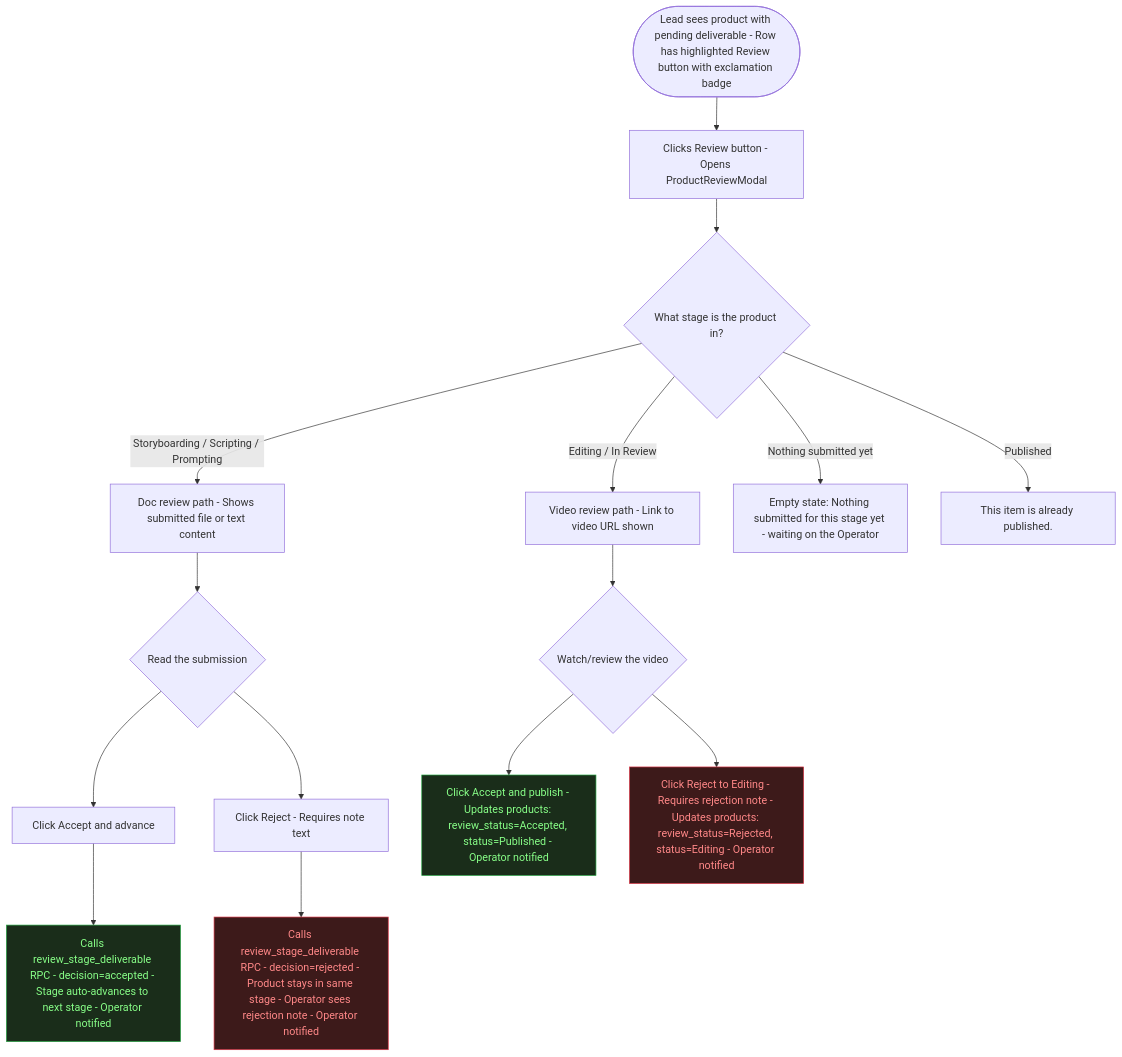
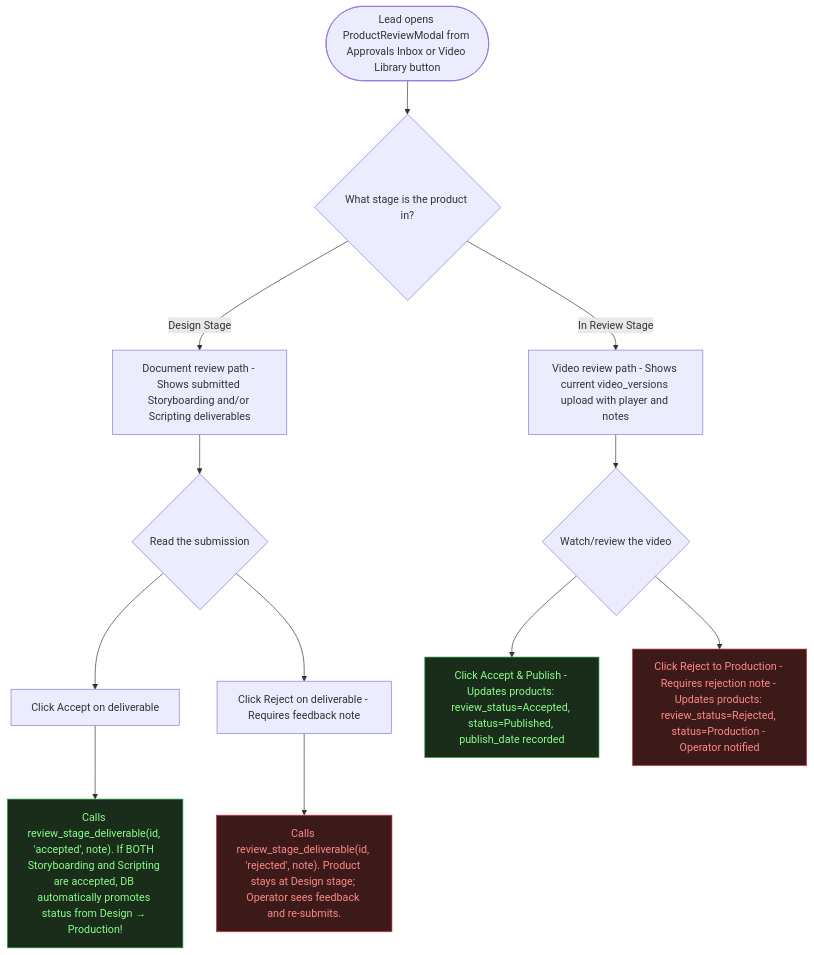
One commit to Lyduke56/BuckedUp-Dashboard-Lifewood changed diagram 12 of 18 in role_workflows.md. Above: the diagram before and after it, drawn with Mermaid. The commit also changed other lines of this file and 6 other files, not shown here.

````diff
--- a/role_workflows.md
+++ b/role_workflows.md
@@ -433,25 +359,21 @@
 ```mermaid
 flowchart TD
-    A(["Lead sees product with pending deliverable - Row has highlighted Review button with exclamation badge"]) --> B["Clicks Review button - Opens ProductReviewModal"]
-    B --> C{What stage is the product in?}
+    A(["Lead opens ProductReviewModal from Approvals Inbox or Video Library button"]) --> B{What stage is the product in?}
 
-    C -- "Storyboarding / Scripting / Prompting" --> D["Doc review path - Shows submitted file or text content"]
-    D --> D1{Read the submission}
-    D1 --> E1["Click Accept and advance"]
-    D1 --> E2["Click Reject - Requires note text"]
-    E1 --> F1["Calls review_stage_deliverable RPC - decision=accepted - Stage auto-advances to next stage - Operator notified"]
-    E2 --> F2["Calls review_stage_deliverable RPC - decision=rejected - Product stays in same stage - Operator sees rejection note - Operator notified"]
+    B -- "Design Stage" --> C["Document review path - Shows submitted Storyboarding and/or Scripting deliverables"]
+    C --> C1{Read the submission}
+    C1 --> D1["Click Accept on deliverable"]
+    C1 --> D2["Click Reject on deliverable - Requires feedback note"]
+    D1 --> E1["Calls review_stage_deliverable(id, 'accepted', note). If BOTH Storyboarding and Scripting are accepted, DB automatically promotes status from Design → Production!"]
+    D2 --> E2["Calls review_stage_deliverable(id, 'rejected', note). Product stays at Design stage; Operator sees feedback and re-submits."]
 
-    C -- "Editing / In Review" --> G["Video review path - Link to video URL shown"]
-    G --> G1{Watch/review the video}
-    G1 --> H1["Click Accept and publish - Updates products: review_status=Accepted, status=Published - Operator notified"]
-    G1 --> H2["Click Reject to Editing - Requires rejection note - Updates products: review_status=Rejected, status=Editing - Operator notified"]
+    B -- "In Review Stage" --> F["Video review path - Shows current video_versions upload with player and notes"]
+    F --> F1{Watch/review the video}
+    F1 --> G1["Click Accept & Publish - Updates products: review_status=Accepted, status=Published, publish_date recorded"]
+    F1 --> G2["Click Reject to Production - Requires rejection note - Updates products: review_status=Rejected, status=Production - Operator notified"]
 
-    C -- "Nothing submitted yet" --> EMPTY["Empty state: Nothing submitted for this stage yet - waiting on the Operator"]
-    C -- Published --> PUB["This item is already published."]
-
-    style F1 fill:#1a2d1a,stroke:#28a745,color:#88ff88
-    style H1 fill:#1a2d1a,stroke:#28a745,color:#88ff88
-    style F2 fill:#3d1a1a,stroke:#dc3545,color:#ff8888
-    style H2 fill:#3d1a1a,stroke:#dc3545,color:#ff8888
+    style E1 fill:#1a2d1a,stroke:#28a745,color:#88ff88
+    style G1 fill:#1a2d1a,stroke:#28a745,color:#88ff88
+    style E2 fill:#3d1a1a,stroke:#dc3545,color:#ff8888
+    style G2 fill:#3d1a1a,stroke:#dc3545,color:#ff8888
 ```
````
